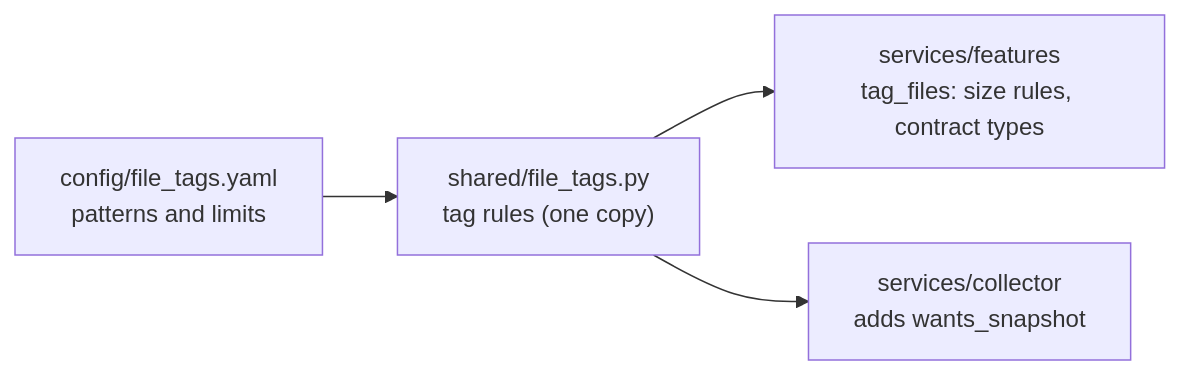
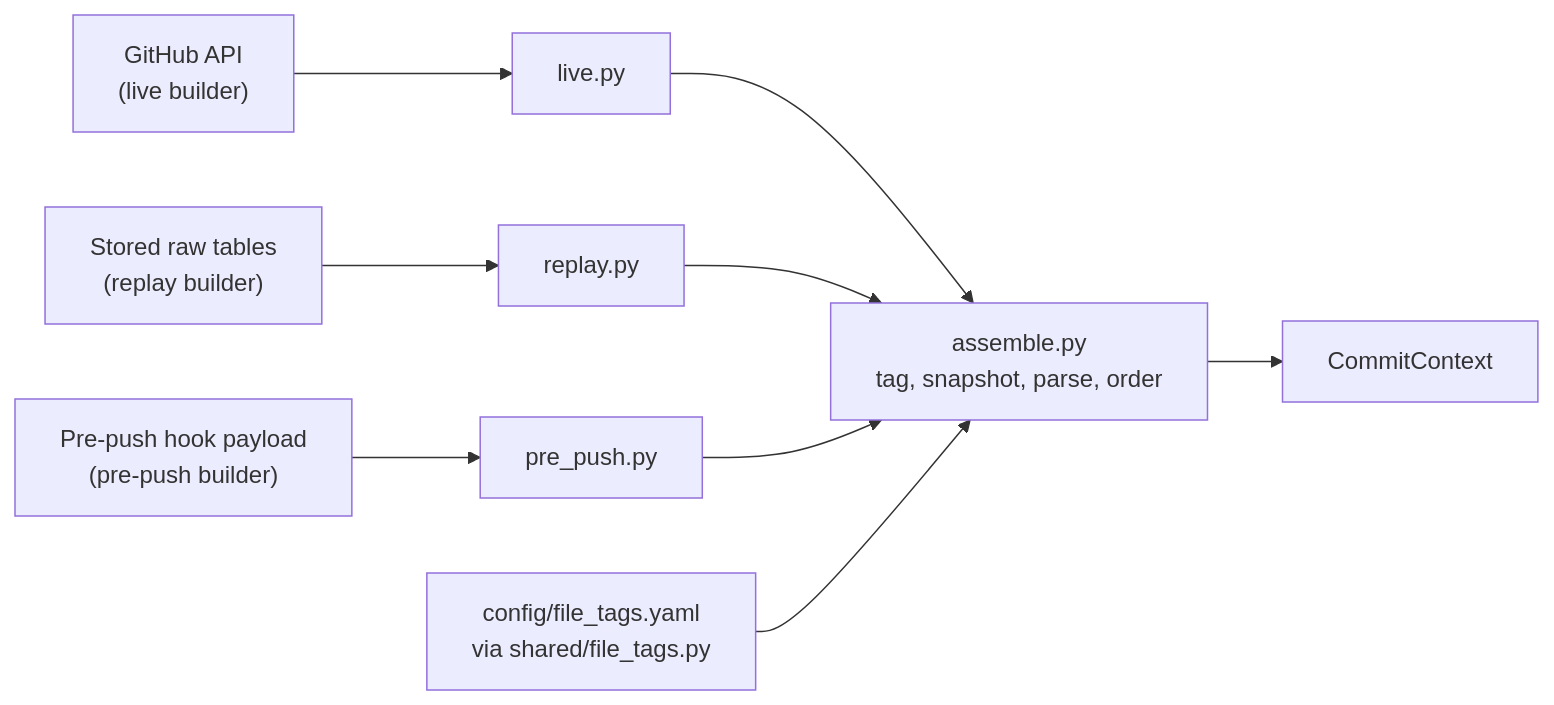
The diagram in services/features/README.md (PrasadWijesinghe/Final_Research), drawn with Mermaid before and after one commit. The commit also changed other lines of this file and 13 other files, not shown here.

Commit message:
feat(features): live, replay and pre-push CommitContext builders (P2.3)

````diff
--- a/services/features/README.md
+++ b/services/features/README.md
@@ -29,6 +25,11 @@
 ```mermaid
 flowchart LR
-    Y["config/file_tags.yaml<br/>patterns and limits"] --> S["shared/file_tags.py<br/>tag rules (one copy)"]
-    S --> F["services/features<br/>tag_files: size rules, contract types"]
-    S --> C["services/collector<br/>adds wants_snapshot"]
+    G["GitHub API<br/>(live builder)"] --> L["live.py"]
+    R["Stored raw tables<br/>(replay builder)"] --> P["replay.py"]
+    H["Pre-push hook payload<br/>(pre-push builder)"] --> Q["pre_push.py"]
+    L --> A["assemble.py<br/>tag, snapshot, parse, order"]
+    P --> A
+    Q --> A
+    Y["config/file_tags.yaml<br/>via shared/file_tags.py"] --> A
+    A --> C["CommitContext"]
 ```
````
